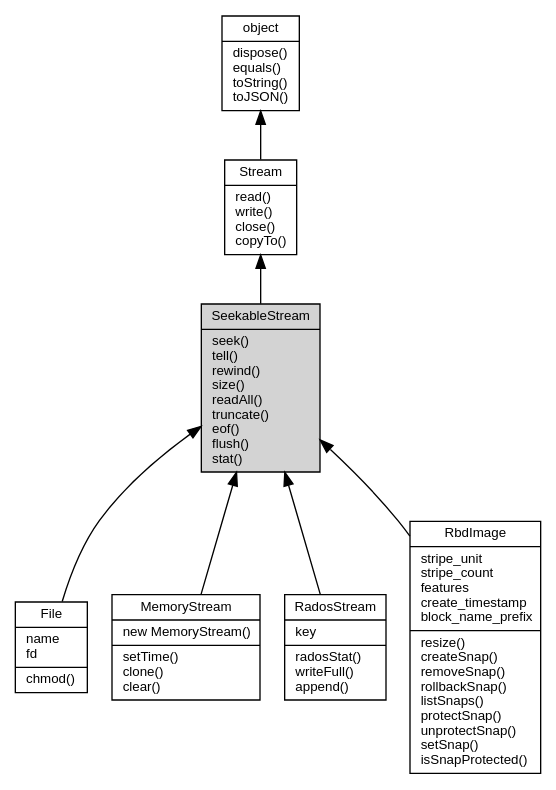
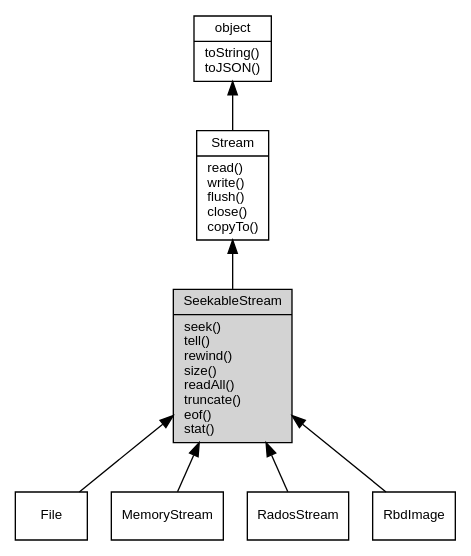
One commit to asionius/fibjs-ceph changed the diagram in docs/object/ifs/SeekableStream.md. Above: the diagram before and after it, drawn with Graphviz. The commit also changed other lines of this file and 138 other files, not shown here.

````diff
--- a/docs/object/ifs/SeekableStream.md
+++ b/docs/object/ifs/SeekableStream.md
@@ -5,20 +5,20 @@
 ```dot
 digraph {
     node [fontname="Helvetica,sans-Serif", fontsize=10, shape="record", style="filled", fillcolor="white"];
 
-    object [tooltip="object", URL="object.md", label="{object|dispose()\lequals()\ltoString()\ltoJSON()\l}"];
-    Stream [tooltip="Stream", URL="Stream.md", label="{Stream|read()\lwrite()\lclose()\lcopyTo()\l}"];
-    SeekableStream [tooltip="SeekableStream", fillcolor="lightgray", label="{SeekableStream|seek()\ltell()\lrewind()\lsize()\lreadAll()\ltruncate()\leof()\lflush()\lstat()\l}"];
-    File [tooltip="File", URL="File.md", label="{File|name\lfd\l|chmod()\l}"];
-    MemoryStream [tooltip="MemoryStream", URL="MemoryStream.md", label="{MemoryStream|new MemoryStream()\l|setTime()\lclone()\lclear()\l}"];
-    RadosStream [tooltip="RadosStream", URL="RadosStream.md", label="{RadosStream|key\l|radosStat()\lwriteFull()\lappend()\l}"];
-    RbdImage [tooltip="RbdImage", URL="RbdImage.md", label="{RbdImage|stripe_unit\lstripe_count\lfeatures\lcreate_timestamp\lblock_name_prefix\l|resize()\lcreateSnap()\lremoveSnap()\lrollbackSnap()\llistSnaps()\lprotectSnap()\lunprotectSnap()\lsetSnap()\lisSnapProtected()\l}"];
+    object [tooltip="object", URL="object.md", label="{object|toString()\ltoJSON()\l}"];
+    Stream [tooltip="Stream", URL="Stream.md", label="{Stream|read()\lwrite()\lflush()\lclose()\lcopyTo()\l}"];
+    SeekableStream [tooltip="SeekableStream", fillcolor="lightgray", id="me", label="{SeekableStream|seek()\ltell()\lrewind()\lsize()\lreadAll()\ltruncate()\leof()\lstat()\l}"];
+    File [tooltip="File", URL="File.md", label="{File}"];
+    MemoryStream [tooltip="MemoryStream", URL="MemoryStream.md", label="{MemoryStream}"];
+    RadosStream [tooltip="RadosStream", URL="RadosStream.md", label="{RadosStream}"];
+    RbdImage [tooltip="RbdImage", URL="RbdImage.md", label="{RbdImage}"];
 
     object -> Stream [dir=back];
     Stream -> SeekableStream [dir=back];
     SeekableStream -> File [dir=back];
     SeekableStream -> MemoryStream [dir=back];
     SeekableStream -> RadosStream [dir=back];
     SeekableStream -> RbdImage [dir=back];
 }
 ```
````
